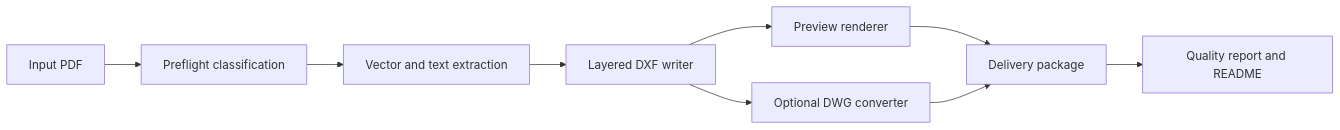
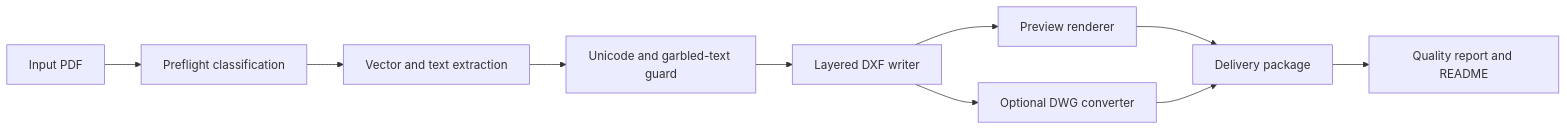
Before and after one commit to CavanJB/openclaw-pdf-to-cad-agent-skill: the diagram in docs/ARCHITECTURE.md, drawn with Mermaid. The commit also changed other lines of this file and 7 other files, not shown here.

````diff
--- a/docs/ARCHITECTURE.md
+++ b/docs/ARCHITECTURE.md
@@ -9,11 +9,12 @@
 ```mermaid
 flowchart LR
   A[Input PDF] --> B[Preflight classification]
   B --> C[Vector and text extraction]
-  C --> D[Layered DXF writer]
-  D --> E[Preview renderer]
-  D --> F[Optional DWG converter]
-  E --> G[Delivery package]
-  F --> G
-  G --> H[Quality report and README]
+  C --> D[Unicode and garbled-text guard]
+  D --> E[Layered DXF writer]
+  E --> F[Preview renderer]
+  E --> G[Optional DWG converter]
+  F --> H[Delivery package]
+  G --> H
+  H --> I[Quality report and README]
 ```
````
